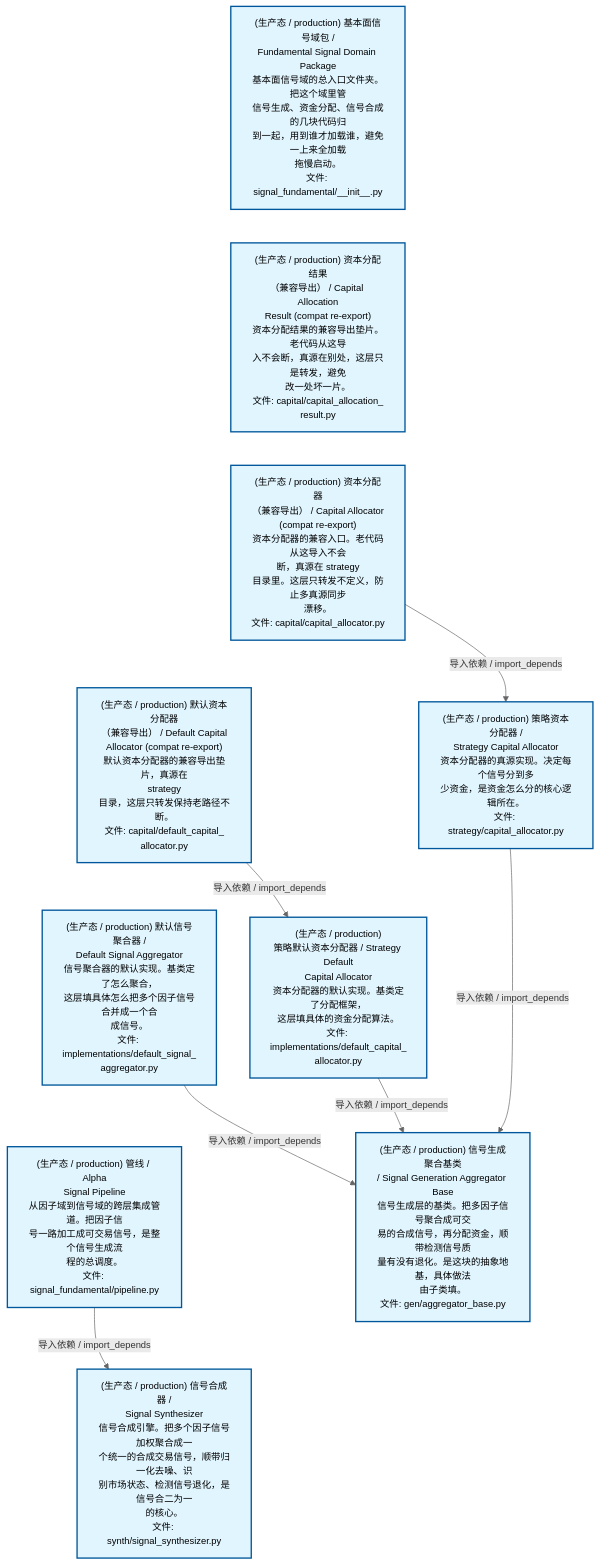
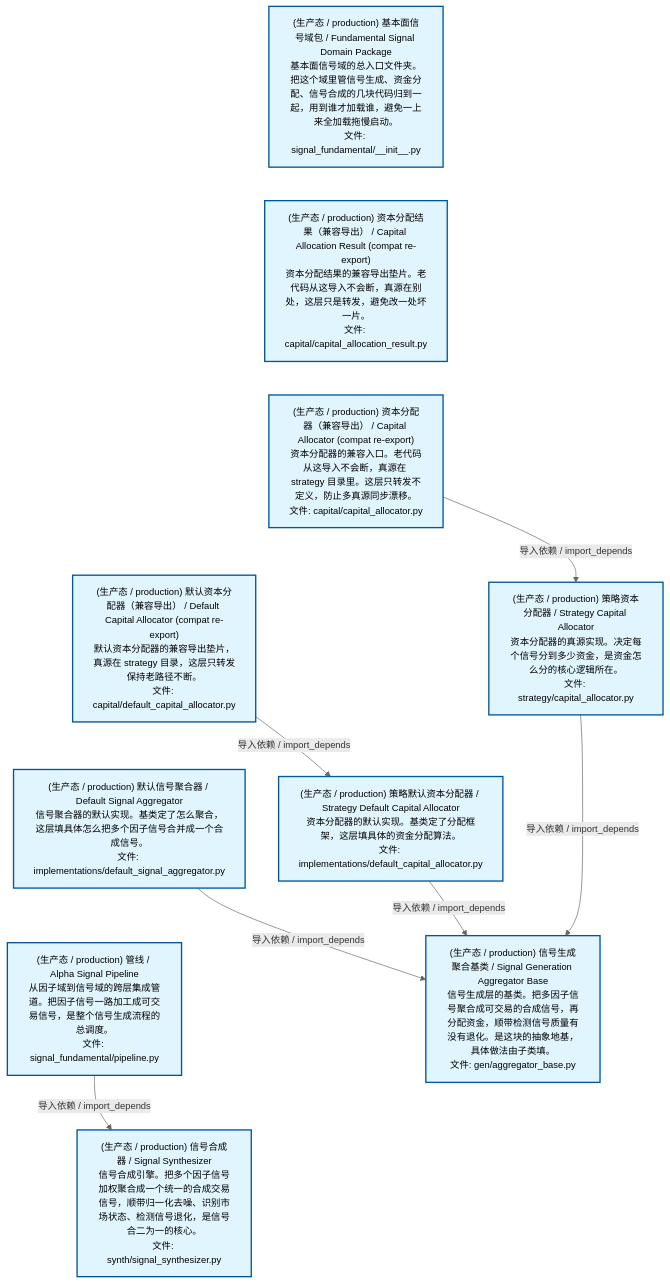
One commit to xuanFelixVan/ZephyrAlpha changed the second of 4 diagrams in docs/02_enterprise_architecture/02_domain_architecture_docs/48_d_fundamental_signal.md. Above: the diagram before and after it, drawn with Mermaid. The commit also changed other lines of this file and 71 other files, not shown here.

````diff
--- a/docs/02_enterprise_architecture/02_domain_architecture_docs/48_d_fundamental_signal.md
+++ b/docs/02_enterprise_architecture/02_domain_architecture_docs/48_d_fundamental_signal.md
@@ -123,32 +123,32 @@
 ```mermaid
 %%{init: {'theme': 'base', 'themeVariables': {'primaryColor': '#eaeaea', 'primaryTextColor': '#333333', 'primaryBorderColor': '#666666', 'lineColor': '#666666', 'secondaryColor': '#eaeaea', 'tertiaryColor': '#eaeaea', 'fontSize': '14px'}}}%%
 flowchart TD
-    src_zephyr_signal_fundamental_init_py["(生产态 / production) 基本面信号域包 /<br/>Fundamental Signal Domain Package<br/>基本面信号域的总入口文件夹。把这个域里管<br/>信号生成、资金分配、信号合成的几块代码归<br/>到一起，用到谁才加载谁，避免一上来全加载<br/>拖慢启动。<br/>文件: signal_fundamental/__init__.py"]
-    src_zephyr_signal_fundamental_capital_capital_allocation_result_py["(生产态 / production) 资本分配结果<br/>（兼容导出） / Capital Allocation<br/>Result (compat re-export)<br/>资本分配结果的兼容导出垫片。老代码从这导<br/>入不会断，真源在别处，这层只是转发，避免<br/>改一处坏一片。<br/>文件: capital/capital_allocation_<br/>result.py"]
-    src_zephyr_signal_fundamental_capital_capital_allocator_py["(生产态 / production) 资本分配器<br/>（兼容导出） / Capital Allocator<br/>(compat re-export)<br/>资本分配器的兼容入口。老代码从这导入不会<br/>断，真源在 strategy<br/>目录里。这层只转发不定义，防止多真源同步<br/>漂移。<br/>文件: capital/capital_allocator.py"]
-    src_zephyr_signal_fundamental_capital_default_capital_allocator_py["(生产态 / production) 默认资本分配器<br/>（兼容导出） / Default Capital<br/>Allocator (compat re-export)<br/>默认资本分配器的兼容导出垫片，真源在<br/>strategy<br/>目录，这层只转发保持老路径不断。<br/>文件: capital/default_capital_<br/>allocator.py"]
-    src_zephyr_signal_fundamental_gen_implementations_default_signal_aggregator_py["(生产态 / production) 默认信号聚合器 /<br/>Default Signal Aggregator<br/>信号聚合器的默认实现。基类定了怎么聚合，<br/>这层填具体怎么把多个因子信号合并成一个合<br/>成信号。<br/>文件: implementations/default_signal_<br/>aggregator.py"]
-    src_zephyr_signal_fundamental_pipeline_py["(生产态 / production) 管线 / Alpha<br/>Signal Pipeline<br/>从因子域到信号域的跨层集成管道。把因子信<br/>号一路加工成可交易信号，是整个信号生成流<br/>程的总调度。<br/>文件: signal_fundamental/pipeline.py"]
+    src_zephyr_signal_fundamental_init_py["(生产态 / production) 基本面信号域包 / Fundamental Signal Domain Package<br/>基本面信号域的总入口文件夹。把这个域里管信号生成、资金分配、信号合成的几块代码归到一起，用到谁才加载谁，避免一上来全加载拖慢启动。<br/>文件: signal_fundamental/__init__.py"]
+    src_zephyr_signal_fundamental_capital_capital_allocation_result_py["(生产态 / production) 资本分配结果（兼容导出） / Capital Allocation Result (compat re-export)<br/>资本分配结果的兼容导出垫片。老代码从这导入不会断，真源在别处，这层只是转发，避免改一处坏一片。<br/>文件: capital/capital_allocation_result.py"]
+    src_zephyr_signal_fundamental_capital_capital_allocator_py["(生产态 / production) 资本分配器（兼容导出） / Capital Allocator (compat re-export)<br/>资本分配器的兼容入口。老代码从这导入不会断，真源在 strategy 目录里。这层只转发不定义，防止多真源同步漂移。<br/>文件: capital/capital_allocator.py"]
+    src_zephyr_signal_fundamental_capital_default_capital_allocator_py["(生产态 / production) 默认资本分配器（兼容导出） / Default Capital Allocator (compat re-export)<br/>默认资本分配器的兼容导出垫片，真源在 strategy 目录，这层只转发保持老路径不断。<br/>文件: capital/default_capital_allocator.py"]
+    src_zephyr_signal_fundamental_gen_implementations_default_signal_aggregator_py["(生产态 / production) 默认信号聚合器 / Default Signal Aggregator<br/>信号聚合器的默认实现。基类定了怎么聚合，这层填具体怎么把多个因子信号合并成一个合成信号。<br/>文件: implementations/default_signal_aggregator.py"]
+    src_zephyr_signal_fundamental_pipeline_py["(生产态 / production) 管线 / Alpha Signal Pipeline<br/>从因子域到信号域的跨层集成管道。把因子信号一路加工成可交易信号，是整个信号生成流程的总调度。<br/>文件: signal_fundamental/pipeline.py"]
     src_zephyr_signal_fundamental_init_py ~~~ src_zephyr_signal_fundamental_capital_capital_allocation_result_py
     src_zephyr_signal_fundamental_capital_capital_allocation_result_py ~~~ src_zephyr_signal_fundamental_capital_capital_allocator_py
     src_zephyr_signal_fundamental_capital_capital_allocator_py ~~~ src_zephyr_signal_fundamental_capital_default_capital_allocator_py
     src_zephyr_signal_fundamental_capital_default_capital_allocator_py ~~~ src_zephyr_signal_fundamental_gen_implementations_default_signal_aggregator_py
     src_zephyr_signal_fundamental_gen_implementations_default_signal_aggregator_py ~~~ src_zephyr_signal_fundamental_pipeline_py
-    src_zephyr_signal_fundamental_strategy_capital_allocator_py["(生产态 / production) 策略资本分配器 /<br/>Strategy Capital Allocator<br/>资本分配器的真源实现。决定每个信号分到多<br/>少资金，是资金怎么分的核心逻辑所在。<br/>文件: strategy/capital_allocator.py"]
-    src_zephyr_signal_fundamental_strategy_implementations_default_capital_allocator_py["(生产态 / production)<br/>策略默认资本分配器 / Strategy Default<br/>Capital Allocator<br/>资本分配器的默认实现。基类定了分配框架，<br/>这层填具体的资金分配算法。<br/>文件: implementations/default_capital_<br/>allocator.py"]
-    src_zephyr_signal_fundamental_synth_signal_synthesizer_py["(生产态 / production) 信号合成器 /<br/>Signal Synthesizer<br/>信号合成引擎。把多个因子信号加权聚合成一<br/>个统一的合成交易信号，顺带归一化去噪、识<br/>别市场状态、检测信号退化，是信号合二为一<br/>的核心。<br/>文件: synth/signal_synthesizer.py"]
+    src_zephyr_signal_fundamental_strategy_capital_allocator_py["(生产态 / production) 策略资本分配器 / Strategy Capital Allocator<br/>资本分配器的真源实现。决定每个信号分到多少资金，是资金怎么分的核心逻辑所在。<br/>文件: strategy/capital_allocator.py"]
+    src_zephyr_signal_fundamental_strategy_implementations_default_capital_allocator_py["(生产态 / production) 策略默认资本分配器 / Strategy Default Capital Allocator<br/>资本分配器的默认实现。基类定了分配框架，这层填具体的资金分配算法。<br/>文件: implementations/default_capital_allocator.py"]
+    src_zephyr_signal_fundamental_synth_signal_synthesizer_py["(生产态 / production) 信号合成器 / Signal Synthesizer<br/>信号合成引擎。把多个因子信号加权聚合成一个统一的合成交易信号，顺带归一化去噪、识别市场状态、检测信号退化，是信号合二为一的核心。<br/>文件: synth/signal_synthesizer.py"]
     src_zephyr_signal_fundamental_strategy_capital_allocator_py ~~~ src_zephyr_signal_fundamental_strategy_implementations_default_capital_allocator_py
     src_zephyr_signal_fundamental_strategy_implementations_default_capital_allocator_py ~~~ src_zephyr_signal_fundamental_synth_signal_synthesizer_py
-    src_zephyr_signal_fundamental_gen_aggregator_base_py["(生产态 / production) 信号生成聚合基类<br/>/ Signal Generation Aggregator Base<br/>信号生成层的基类。把多因子信号聚合成可交<br/>易的合成信号，再分配资金，顺带检测信号质<br/>量有没有退化。是这块的抽象地基，具体做法<br/>由子类填。<br/>文件: gen/aggregator_base.py"]
+    src_zephyr_signal_fundamental_gen_aggregator_base_py["(生产态 / production) 信号生成聚合基类 / Signal Generation Aggregator Base<br/>信号生成层的基类。把多因子信号聚合成可交易的合成信号，再分配资金，顺带检测信号质量有没有退化。是这块的抽象地基，具体做法由子类填。<br/>文件: gen/aggregator_base.py"]
+    src_zephyr_signal_fundamental_capital_default_capital_allocator_py -->|导入依赖 / import_depends| src_zephyr_signal_fundamental_strategy_implementations_default_capital_allocator_py
     src_zephyr_signal_fundamental_pipeline_py -->|导入依赖 / import_depends| src_zephyr_signal_fundamental_synth_signal_synthesizer_py
     src_zephyr_signal_fundamental_capital_capital_allocator_py -->|导入依赖 / import_depends| src_zephyr_signal_fundamental_strategy_capital_allocator_py
-    src_zephyr_signal_fundamental_capital_default_capital_allocator_py -->|导入依赖 / import_depends| src_zephyr_signal_fundamental_strategy_implementations_default_capital_allocator_py
     src_zephyr_signal_fundamental_gen_implementations_default_signal_aggregator_py -->|导入依赖 / import_depends| src_zephyr_signal_fundamental_gen_aggregator_base_py
+    src_zephyr_signal_fundamental_strategy_capital_allocator_py -->|导入依赖 / import_depends| src_zephyr_signal_fundamental_gen_aggregator_base_py
     src_zephyr_signal_fundamental_strategy_implementations_default_capital_allocator_py -->|导入依赖 / import_depends| src_zephyr_signal_fundamental_gen_aggregator_base_py
-    src_zephyr_signal_fundamental_strategy_capital_allocator_py -->|导入依赖 / import_depends| src_zephyr_signal_fundamental_gen_aggregator_base_py
     classDef production fill:#e1f5fe,stroke:#01579b,stroke-width:2px,color:#000
     classDef design fill:#fff3e0,stroke:#e65100,stroke-width:2px,color:#000,stroke-dasharray: 5 5
     classDef external_prod fill:#e8f4fd,stroke:#0277bd,stroke-width:1px,color:#000
     classDef external_design fill:#fff8e7,stroke:#ef6c00,stroke-width:1px,color:#000,stroke-dasharray: 5 5
     class src_zephyr_signal_fundamental_init_py,src_zephyr_signal_fundamental_capital_capital_allocation_result_py,src_zephyr_signal_fundamental_capital_capital_allocator_py,src_zephyr_signal_fundamental_capital_default_capital_allocator_py,src_zephyr_signal_fundamental_gen_aggregator_base_py,src_zephyr_signal_fundamental_gen_implementations_default_signal_aggregator_py,src_zephyr_signal_fundamental_pipeline_py,src_zephyr_signal_fundamental_strategy_capital_allocator_py,src_zephyr_signal_fundamental_strategy_implementations_default_capital_allocator_py,src_zephyr_signal_fundamental_synth_signal_synthesizer_py production
 ```
````
